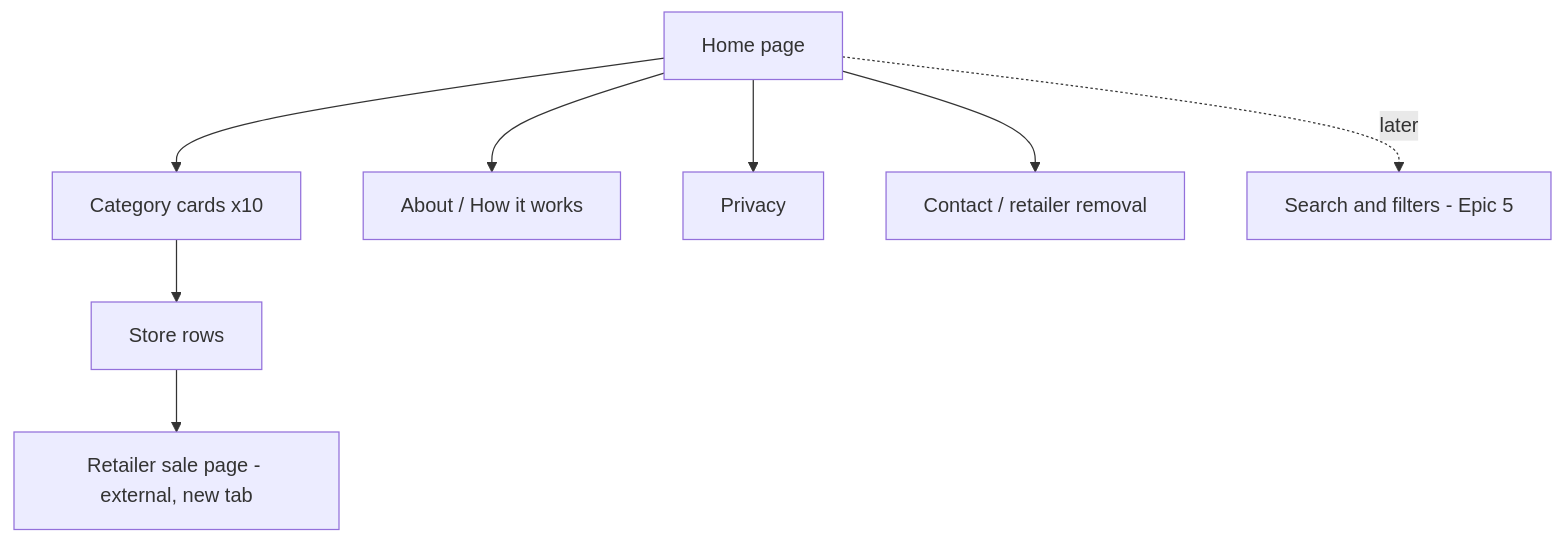
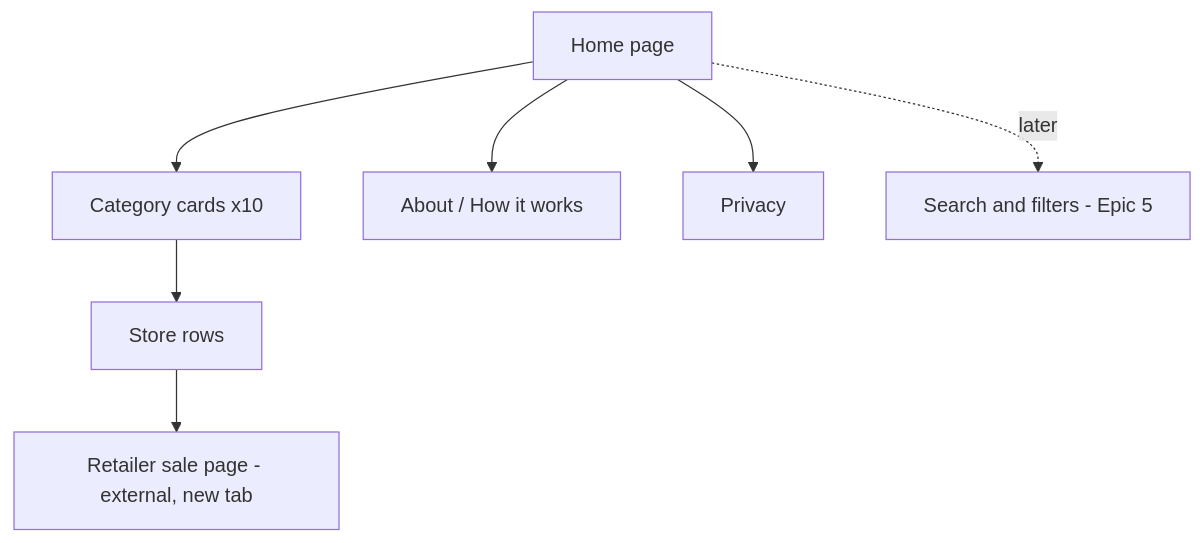
Before and after one commit to eganezra/saleaway: the first of 2 diagrams in docs/front-end-spec.md, drawn with Mermaid. The commit also changed other lines of this file and 14 other files, not shown here.

First line of the commit message:
Plan change: no Contact page and no retailer removal route

````diff
--- a/docs/front-end-spec.md
+++ b/docs/front-end-spec.md
@@ -55,10 +55,9 @@
 ```mermaid
 graph TD
     A[Home page] --> B[Category cards x10]
     B --> B1[Store rows]
     B1 --> X[Retailer sale page - external, new tab]
     A --> C[About / How it works]
     A --> D[Privacy]
-    A --> E[Contact / retailer removal]
     A -.later.-> F[Search and filters - Epic 5]
 ```
````
